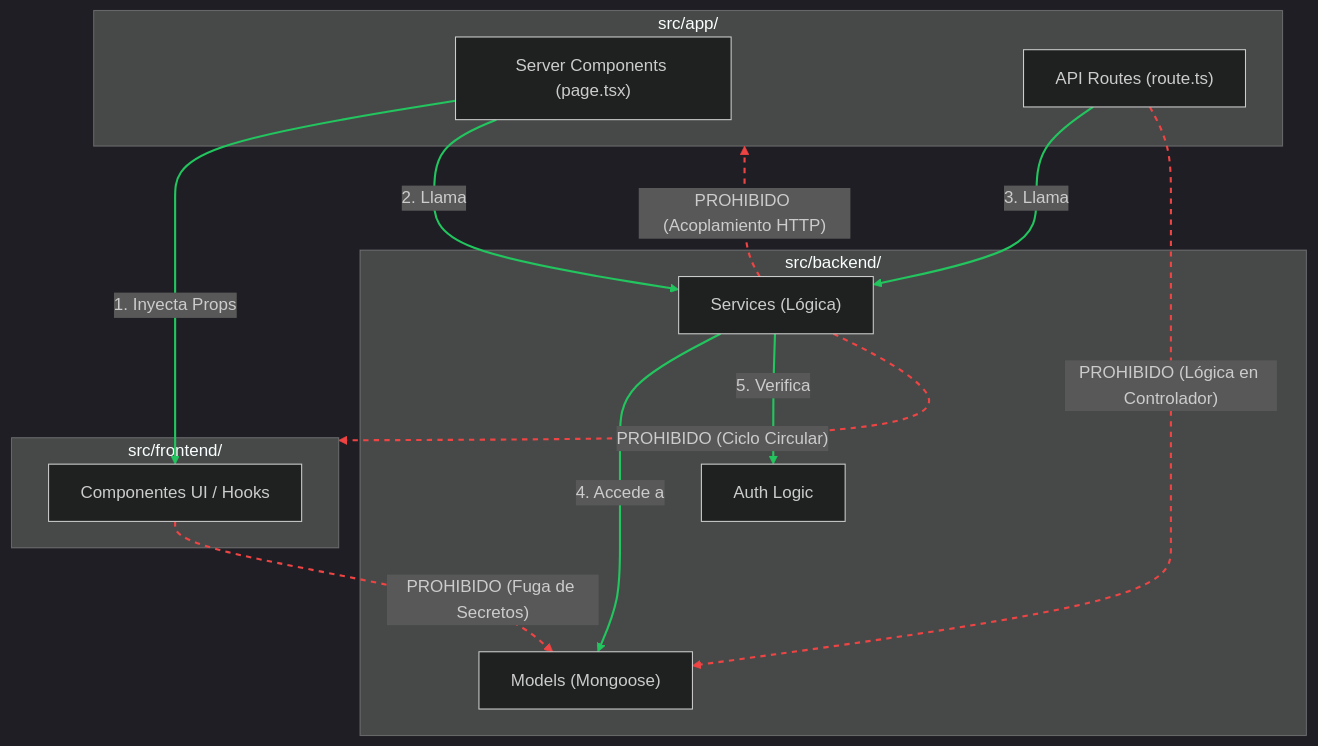
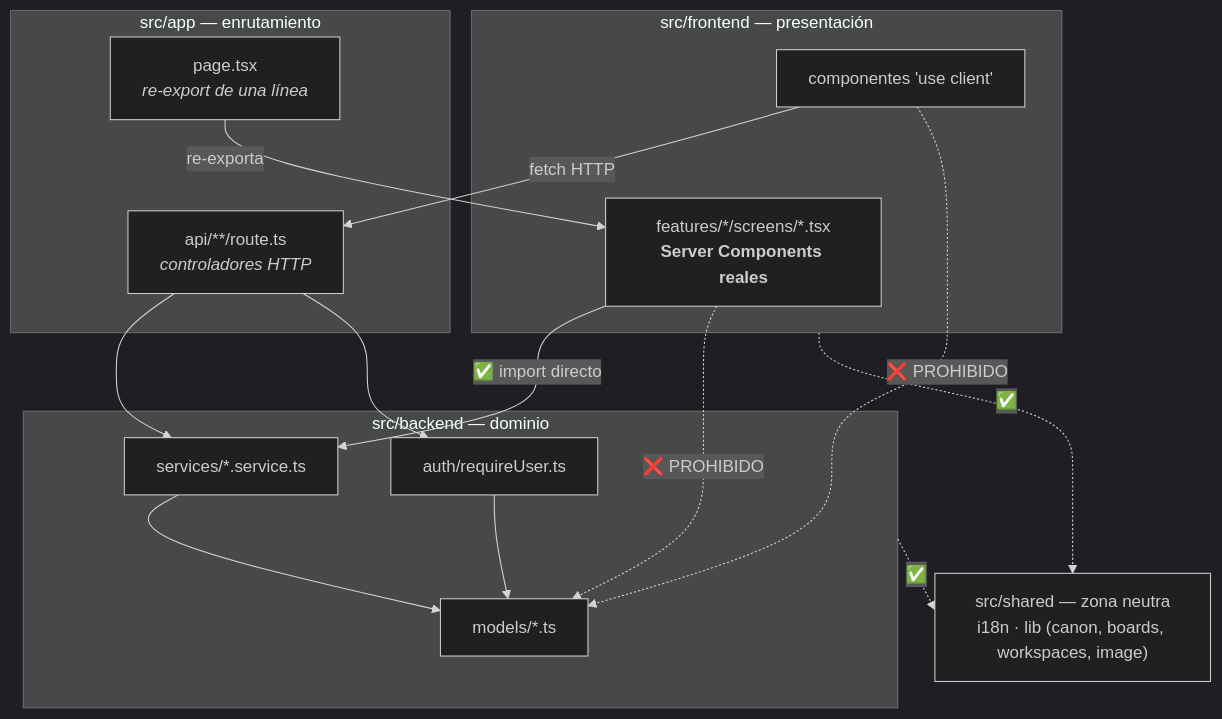
The diagram in docs/architecture/diagramas/limites-dependencias-arquitectura.md (SamuelMenan/ArtSanctuary), drawn with Mermaid (dark theme) before and after one commit. The commit also changed other lines of this file and 72 other files, not shown here.

````diff
--- a/docs/architecture/diagramas/limites-dependencias-arquitectura.md
+++ b/docs/architecture/diagramas/limites-dependencias-arquitectura.md
@@ -41,33 +16,34 @@
 ```mermaid
-flowchart TD
-    subgraph Frontend ["src/frontend/"]
-        UI["Componentes UI / Hooks"]
+flowchart TB
+    subgraph APP["src/app — enrutamiento"]
+        PAGE["page.tsx<br/><i>re-export de una línea</i>"]
+        ROUTE["api/**/route.ts<br/><i>controladores HTTP</i>"]
     end
 
-    subgraph App ["src/app/"]
-        RSC["Server Components (page.tsx)"]
-        API["API Routes (route.ts)"]
+    subgraph FRONT["src/frontend — presentación"]
+        SCREEN["features/*/screens/*.tsx<br/><b>Server Components reales</b>"]
+        CLIENT["componentes 'use client'"]
     end
 
-    subgraph Backend ["src/backend/"]
-        SVC["Services (Lógica)"]
-        MOD["Models (Mongoose)"]
-        AUTH["Auth Logic"]
+    subgraph BACK["src/backend — dominio"]
+        SVC["services/*.service.ts"]
+        AUTH["auth/requireUser.ts"]
+        MODELS["models/*.ts"]
     end
 
-    %% Enlaces permitidos (Verdes)
-    RSC -->|"1. Inyecta Props"| UI;
-    RSC -->|"2. Llama"| SVC;
-    API -->|"3. Llama"| SVC;
-    SVC -->|"4. Accede a"| MOD;
-    SVC -->|"5. Verifica"| AUTH;
+    NEUTRAL["src/shared — zona neutra<br/>i18n · lib (canon, boards, workspaces, image)"]
 
-    %% Enlaces Prohibidos (Rojos)
-    UI -.->|"PROHIBIDO (Fuga de Secretos)"| MOD;
-    API -.->|"PROHIBIDO (Lógica en Controlador)"| MOD;
-    SVC -.->|"PROHIBIDO (Ciclo Circular)"| Frontend;
-    SVC -.->|"PROHIBIDO (Acoplamiento HTTP)"| App;
+    PAGE -->|re-exporta| SCREEN
+    SCREEN -->|"✅ import directo"| SVC
+    CLIENT -->|"fetch HTTP"| ROUTE
+    ROUTE --> SVC
+    ROUTE --> AUTH
+    SVC --> MODELS
+    AUTH --> MODELS
 
-    linkStyle 0,1,2,3,4 stroke:#22c55e,stroke-width:2px;
-    linkStyle 5,6,7,8 stroke:#ef4444,stroke-width:2px,stroke-dasharray: 5 5;
+    FRONT -.->|✅| NEUTRAL
+    BACK -.->|✅| NEUTRAL
+
+    CLIENT -.->|"❌ PROHIBIDO"| MODELS
+    SCREEN -.->|"❌ PROHIBIDO"| MODELS
 ```
````
